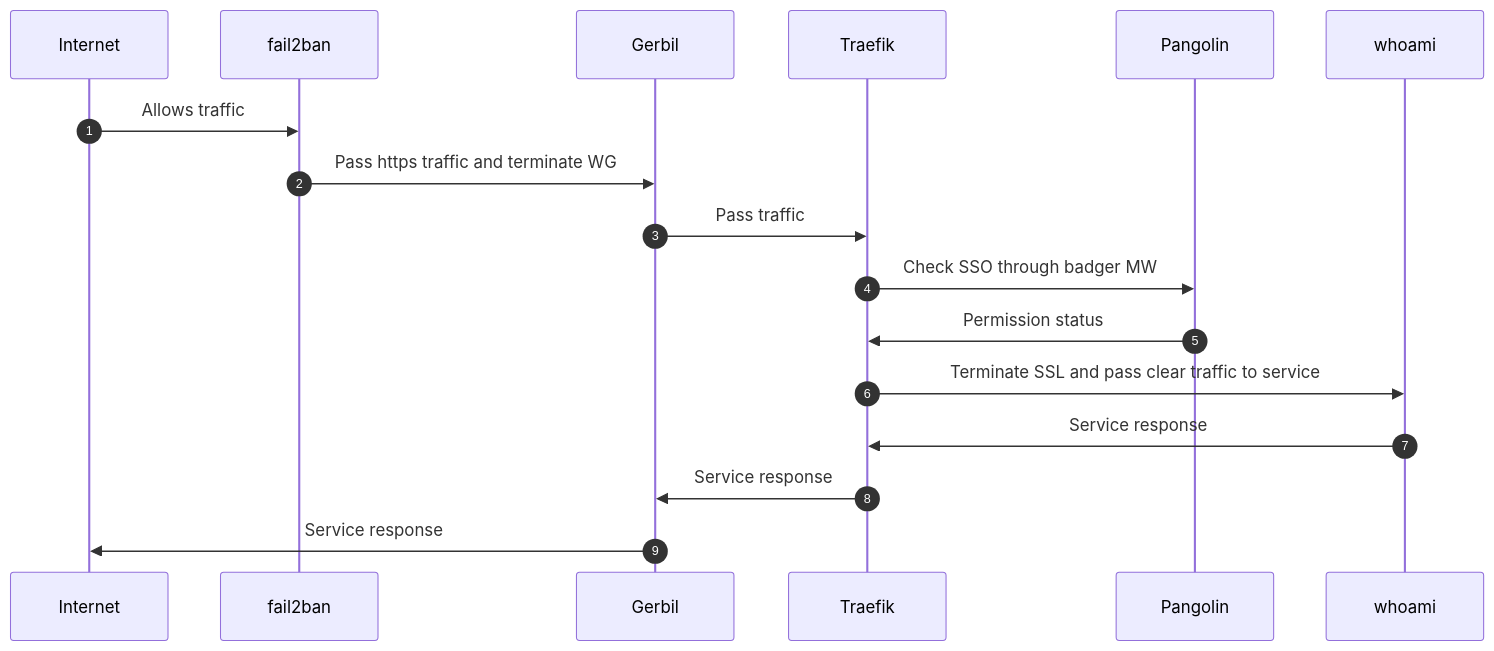
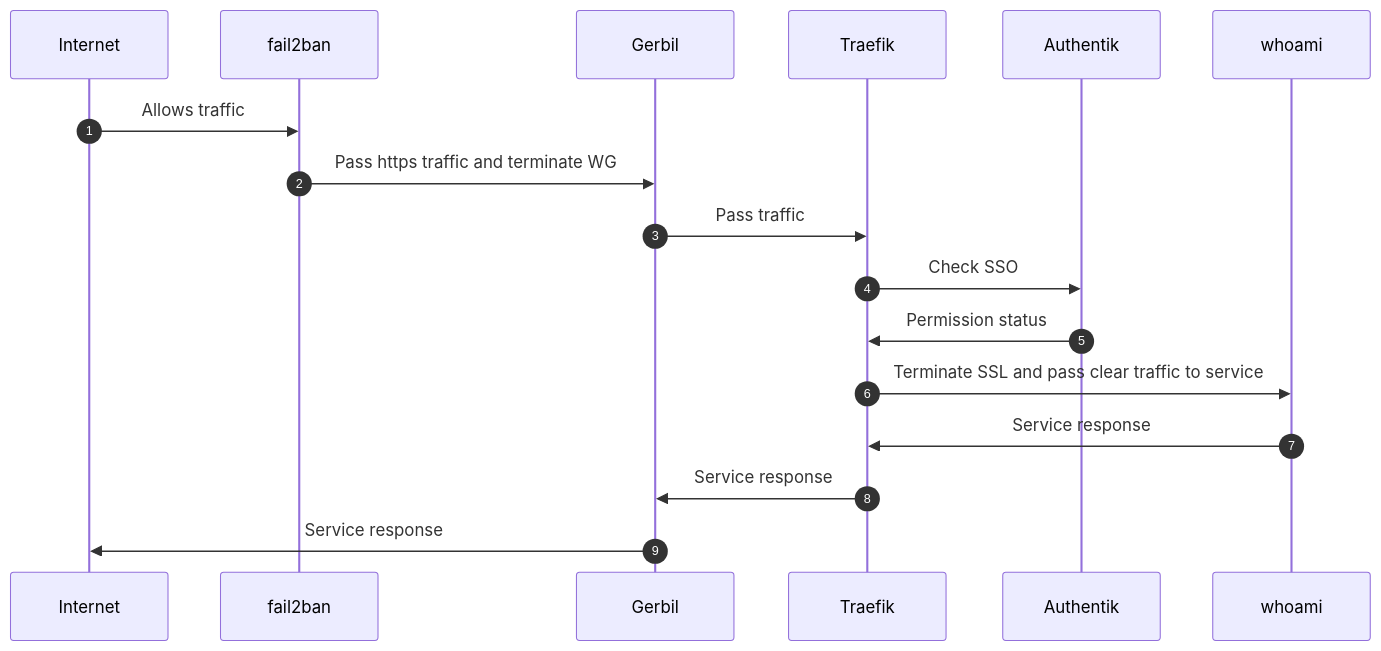
One commit to johncloud-paas/platform changed the diagram in use-cases/acess-authentik_sso-service.md. Above: the diagram before and after it, drawn with Mermaid. The commit also changed other lines of this file and 7 other files, not shown here.

````diff
--- a/use-cases/acess-authentik_sso-service.md
+++ b/use-cases/acess-authentik_sso-service.md
@@ -8,13 +8,13 @@
 ```mermaid
 sequenceDiagram
   autonumber
   Internet->>fail2ban: Allows traffic
   fail2ban->>Gerbil: Pass https traffic and terminate WG
   Gerbil->>Traefik: Pass traffic
-  Traefik->>Pangolin: Check SSO through badger MW
-  Pangolin->>Traefik: Permission status
+  Traefik->>Authentik: Check SSO
+  Authentik->>Traefik: Permission status
   Traefik->>whoami: Terminate SSL and pass clear traffic to service
   whoami->>Traefik: Service response
   Traefik->>Gerbil: Service response
   Gerbil->>Internet: Service response
 ```
````
